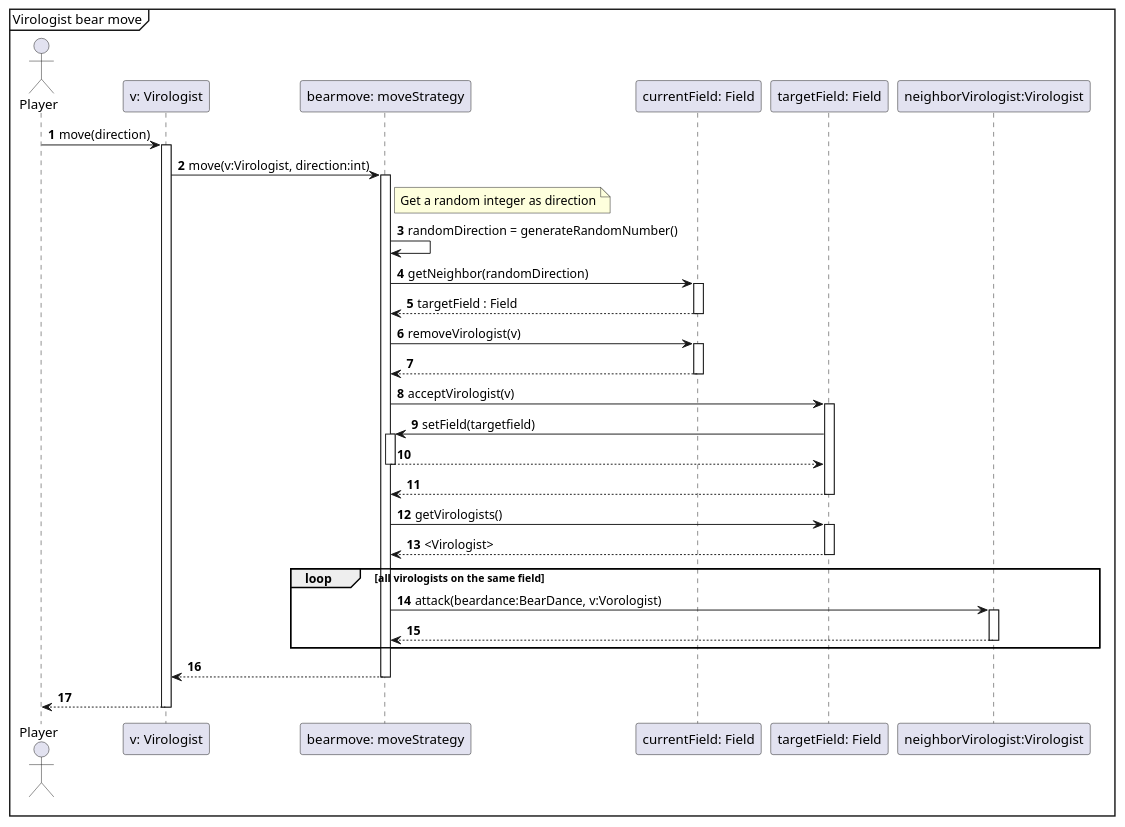
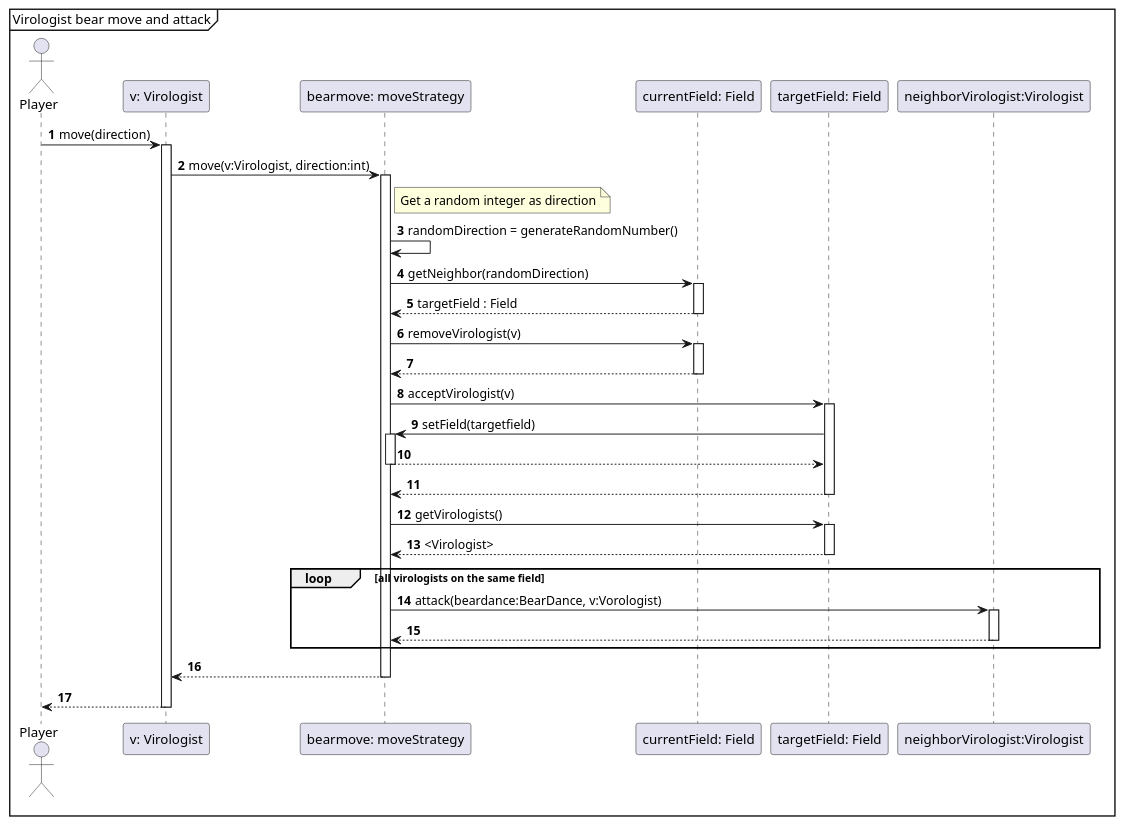
One commit to Projlab-csb/projlab-virologus changed the diagram in Modification_1/mod_1-seq-diagrams/BearMove.puml. Above: the diagram before and after it, drawn with PlantUML.

```diff
--- a/Modification_1/mod_1-seq-diagrams/BearMove.puml
+++ b/Modification_1/mod_1-seq-diagrams/BearMove.puml
@@ -1,55 +1,55 @@
 @startuml
 'https://plantuml.com/sequence-diagram
 
 autonumber
 
-mainframe Virologist bear move
+mainframe Virologist bear move and attack
 
 actor Player
 participant "v: Virologist" as Virologist
 participant "bearmove: moveStrategy" as moveStrategy
 participant "currentField: Field" as currentField
 participant "targetField: Field" as targetField
 participant "neighborVirologist:Virologist" as neighborVirologist
 
 
 
 Player -> Virologist: move(direction)
 Activate Virologist
 
 Virologist->moveStrategy++:move(v:Virologist, direction:int)
 
 note right of moveStrategy
 Get a random integer as direction
 end note
 moveStrategy -> moveStrategy: randomDirection = generateRandomNumber()
 
 moveStrategy-> currentField: getNeighbor(randomDirection)
 Activate currentField
 currentField --> moveStrategy: targetField : Field
 Deactivate currentField
 
 moveStrategy -> currentField: removeVirologist(v)
 Activate currentField
 currentField --> moveStrategy:
 Deactivate currentField
 
 moveStrategy -> targetField: acceptVirologist(v)
 Activate targetField
 targetField->moveStrategy++: setField(targetfield)
 moveStrategy-->targetField--
 targetField --> moveStrategy--
 moveStrategy->targetField++:getVirologists()
 targetField-->moveStrategy--:<Virologist>
 loop all virologists on the same field
         moveStrategy->neighborVirologist++:attack(beardance:BearDance, v:Vorologist)
         neighborVirologist-->moveStrategy--
 end
 
 Deactivate targetField
 
 
 moveStrategy-->Virologist--
 Virologist --> Player:
 Deactivate Virologist
 @enduml
```
